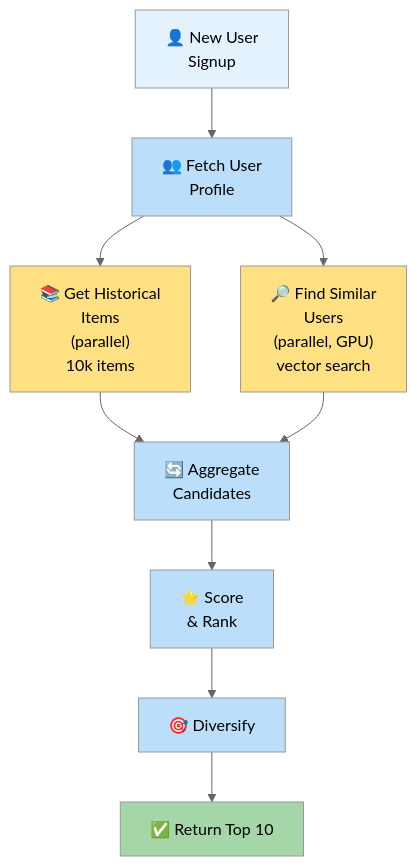
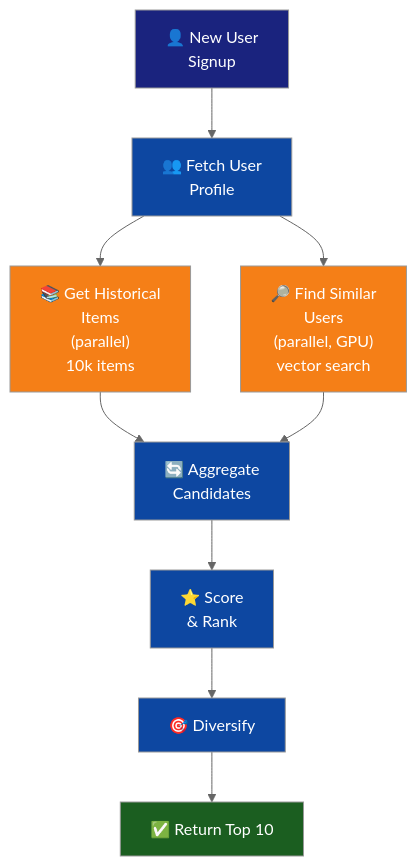
The tenth of 13 diagrams in README.md (Singularity-ng/singularity-workflows), drawn with Mermaid (neutral theme) before and after one commit. The commit also changed other lines of this file, not shown here.

First line of the commit message:
Improve Mermaid diagram contrast for dark GitHub theme

````diff
--- a/README.md
+++ b/README.md
@@ -286,24 +286,24 @@
 ```mermaid
 graph TB
     A["👤 New User<br/>Signup"]
 
     A --> B["👥 Fetch User<br/>Profile"]
     B --> C1["📚 Get Historical<br/>Items<br/>(parallel)<br/>10k items"]
     B --> C2["🔎 Find Similar<br/>Users<br/>(parallel, GPU)<br/>vector search"]
 
     C1 --> D["🔄 Aggregate<br/>Candidates"]
     C2 --> D
 
     D --> E["⭐ Score<br/>& Rank"]
     E --> F["🎯 Diversify"]
     F --> G["✅ Return Top 10"]
 
-    style A fill:#E3F2FD
-    style B fill:#BBDEFB
-    style C1 fill:#FFE082
-    style C2 fill:#FFE082
-    style D fill:#BBDEFB
-    style E fill:#BBDEFB
-    style F fill:#BBDEFB
-    style G fill:#A5D6A7
+    style A fill:#1a237e,color:#fff
+    style B fill:#0d47a1,color:#fff
+    style C1 fill:#f57f17,color:#fff
+    style C2 fill:#f57f17,color:#fff
+    style D fill:#0d47a1,color:#fff
+    style E fill:#0d47a1,color:#fff
+    style F fill:#0d47a1,color:#fff
+    style G fill:#1b5e20,color:#fff
 ```
````
